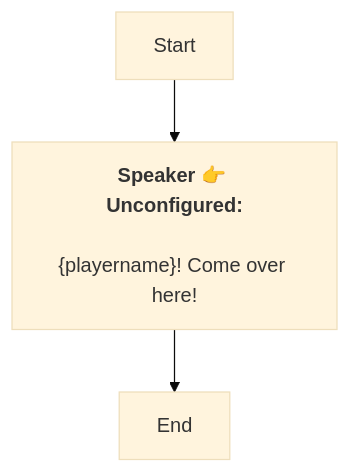
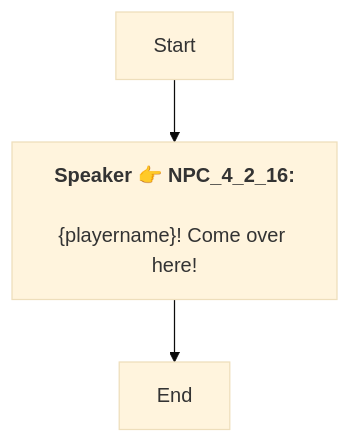
The diagram in En/Dialog_54882803813987.md (SoftHu/tos_avg), drawn with Mermaid (base theme) before and after one commit. The commit also changed 737 other files, not shown here.

````diff
--- a/En/Dialog_54882803813987.md
+++ b/En/Dialog_54882803813987.md
@@ -1,8 +1,7 @@
 ```mermaid
 graph
-Start -->1756250408729104[<b>Speaker 👉 Unconfigured:</b>
-
-&lbrace;playername&rbrace;! Come over here!]
+Start -->1756250408729104[<b>Speaker 👉 NPC_4_2_16:</b>
+\n&lbrace;playername&rbrace;! Come over here!]
 1756250408729104 -->1756250412557842[End]
 
- ```
+```
````
